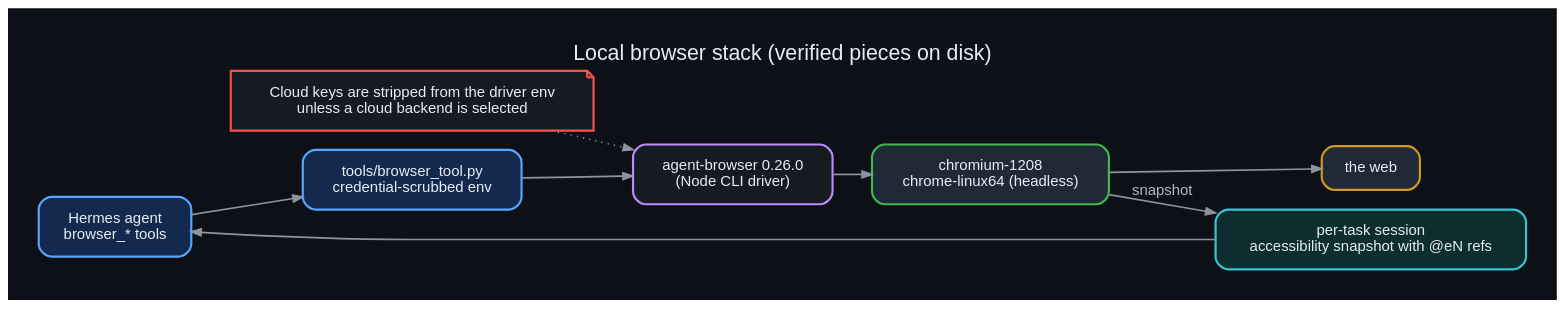
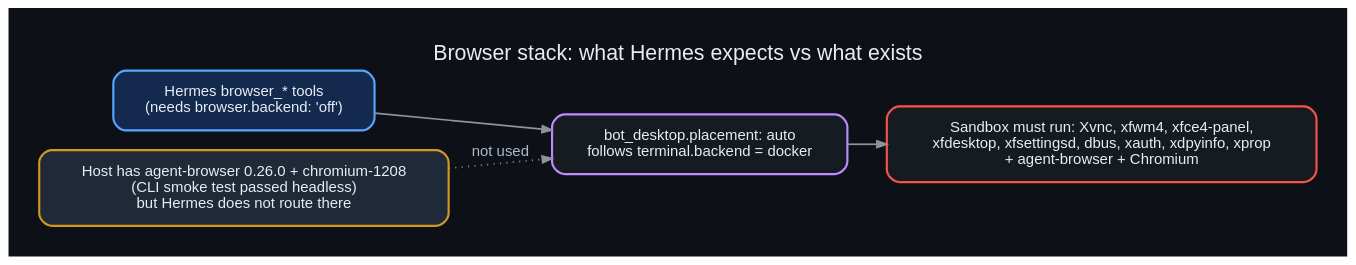
One commit to danindiana/hermes-web-search-ddgs changed the diagram in diagrams/14_browser_stack.dot. Above: the diagram before and after it, drawn with Graphviz. The commit also changed 42 other files, not shown here.

Commit message:
Correct ddgs install target and browser placement; add e2e findings, cleanup, egress review, diagrams 26-34

```diff
--- a/diagrams/14_browser_stack.dot
+++ b/diagrams/14_browser_stack.dot
@@ -1,14 +1,11 @@
 digraph g {
 graph [bgcolor="#0d1117", rankdir=LR, fontname="Helvetica", fontcolor="#e6edf3", labelloc="t", fontsize=20, pad=0.4];
 node  [fontname="Helvetica", fontcolor="#e6edf3", color="#30363d", style="filled,rounded", shape=box, penwidth=2, margin="0.25,0.18", fillcolor="#161b22"];
 edge  [color="#8b949e", fontname="Helvetica", fontcolor="#adbac7", penwidth=1.6, arrowsize=0.9];
-label="Local browser stack (verified pieces on disk)";
-a [label="Hermes agent\nbrowser_* tools", color="#58a6ff", fillcolor="#13294d"];
-t [label="tools/browser_tool.py\ncredential-scrubbed env", color="#58a6ff", fillcolor="#13294d"];
-c [label="agent-browser 0.26.0\n(Node CLI driver)", color="#bc8cff"];
-x [label="chromium-1208\nchrome-linux64 (headless)", color="#3fb950", fillcolor="#1f2937"];
-w [label="the web", color="#d29922", fillcolor="#1f2937"];
-s [label="per-task session\naccessibility snapshot with @eN refs", color="#39c5cf", fillcolor="#0d2e2e"];
-a->t->c->x->w; x->s [label="snapshot"]; s->a;
-n [label="Cloud keys are stripped from the driver env\nunless a cloud backend is selected", color="#f85149", shape=note]; n->c [style=dotted];
+label="Browser stack: what Hermes expects vs what exists";
+a [label="Hermes browser_* tools\n(needs browser.backend: 'off')", color="#58a6ff", fillcolor="#13294d"];
+p [label="bot_desktop.placement: auto\nfollows terminal.backend = docker", color="#bc8cff"];
+s [label="Sandbox must run: Xvnc, xfwm4, xfce4-panel,\nxfdesktop, xfsettingsd, dbus, xauth, xdpyinfo, xprop\n+ agent-browser + Chromium", color="#f85149"];
+h [label="Host has agent-browser 0.26.0 + chromium-1208\n(CLI smoke test passed headless)\nbut Hermes does not route there", color="#d29922", fillcolor="#1f2937"];
+a->p->s; h->p [style=dotted, label="not used"];
 }
```
